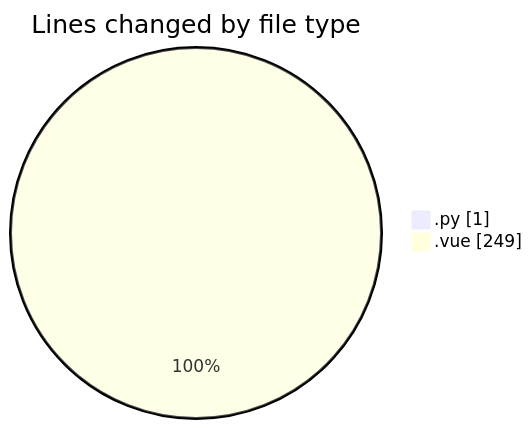
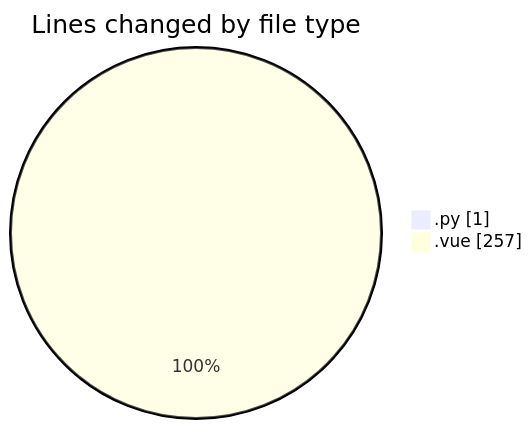
One commit to jcpc91/code-tracking changed the first of 2 diagrams in 2025-05-12/cancelacionsegurosvida/README.md. Above: the diagram before and after it, drawn with Mermaid. The commit also changed other lines of this file and 1 other file, not shown here.

````diff
--- a/2025-05-12/cancelacionsegurosvida/README.md
+++ b/2025-05-12/cancelacionsegurosvida/README.md
@@ -23,6 +23,6 @@
 ```mermaid
 pie showData
 title Lines changed by file type
 ".py" : 1
-".vue" : 249
+".vue" : 257
 ```
````
